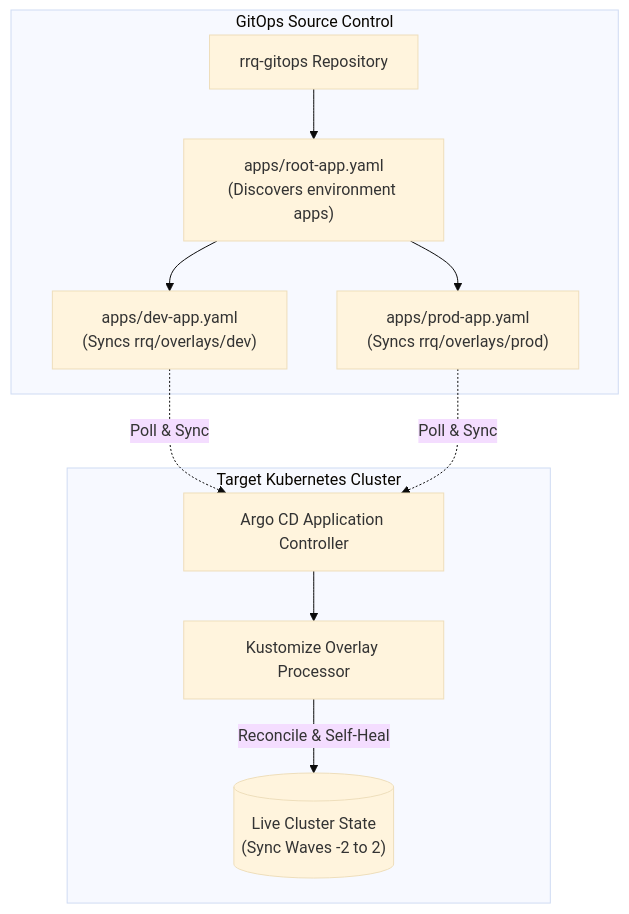
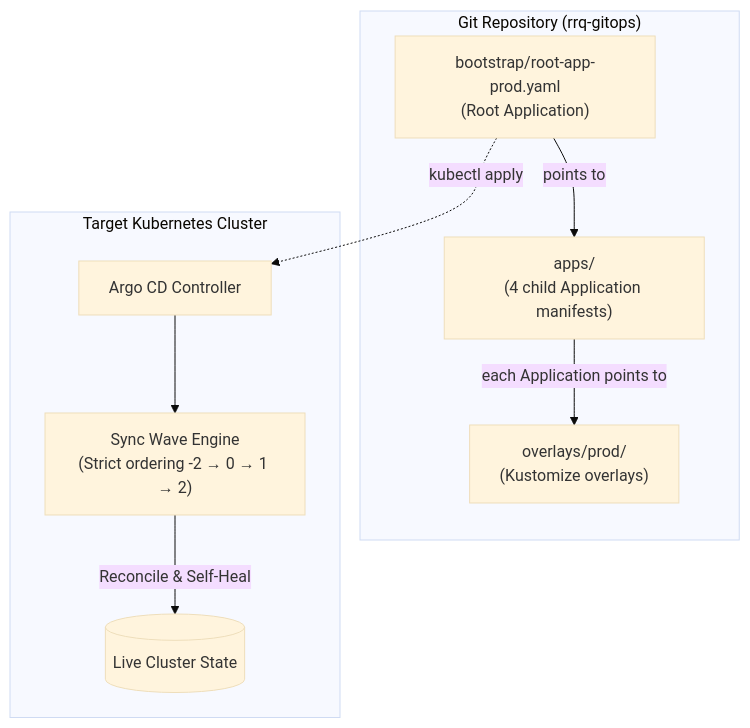
Before and after one commit to Joel-Ajayi/rrq-gitops: the diagram in docs/ARCHITECTURE.md, drawn with Mermaid (base theme). The commit also changed other lines of this file and 10 other files, not shown here.

````diff
--- a/docs/ARCHITECTURE.md
+++ b/docs/ARCHITECTURE.md
@@ -11,24 +11,21 @@
 ```mermaid
 graph TD
-  subgraph GitOps Source Control
-    repo["rrq-gitops Repository"]
-    rootApp["apps/root-app.yaml<br/>(Discovers environment apps)"]
-    devApp["apps/dev-app.yaml<br/>(Syncs rrq/overlays/dev)"]
-    prodApp["apps/prod-app.yaml<br/>(Syncs rrq/overlays/prod)"]
+  subgraph "Git Repository (rrq-gitops)"
+    rootApp["bootstrap/root-app-prod.yaml<br/>(Root Application)"]
+    apps["apps/<br/>(4 child Application manifests)"]
+    overlays["overlays/prod/<br/>(Kustomize overlays)"]
 
-    repo --> rootApp
-    rootApp --> devApp
-    rootApp --> prodApp
+    rootApp -->|"points to"| apps
+    apps -->|"each Application points to"| overlays
   end
 
-  subgraph Target Kubernetes Cluster
-    argocd["Argo CD Application Controller"]
-    kustomize["Kustomize Overlay Processor"]
-    clusterState[("Live Cluster State<br/>(Sync Waves -2 to 2)")]
+  subgraph "Target Kubernetes Cluster"
+    argocd["Argo CD Controller"]
+    waves["Sync Wave Engine<br/>(Strict ordering -2 → 0 → 1 → 2)"]
+    cluster[("Live Cluster State")]
 
-    devApp -.->|Poll & Sync| argocd
-    prodApp -.->|Poll & Sync| argocd
-    argocd --> kustomize
-    kustomize -->|Reconcile & Self-Heal| clusterState
+    rootApp -.->|"kubectl apply"| argocd
+    argocd --> waves
+    waves -->|"Reconcile & Self-Heal"| cluster
   end
 ```
````
